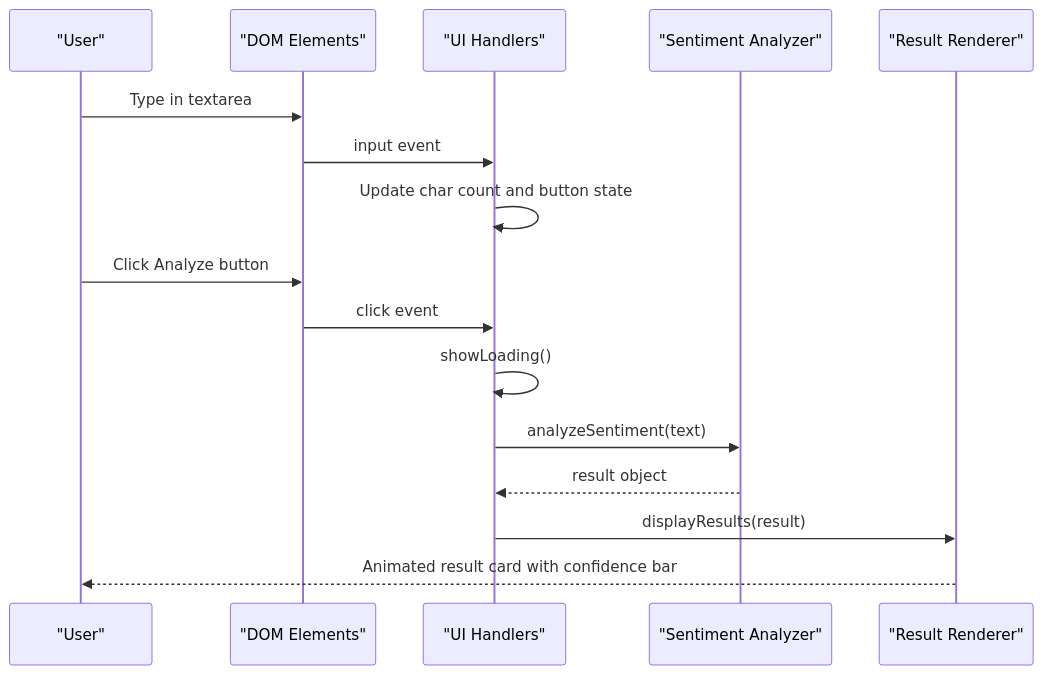
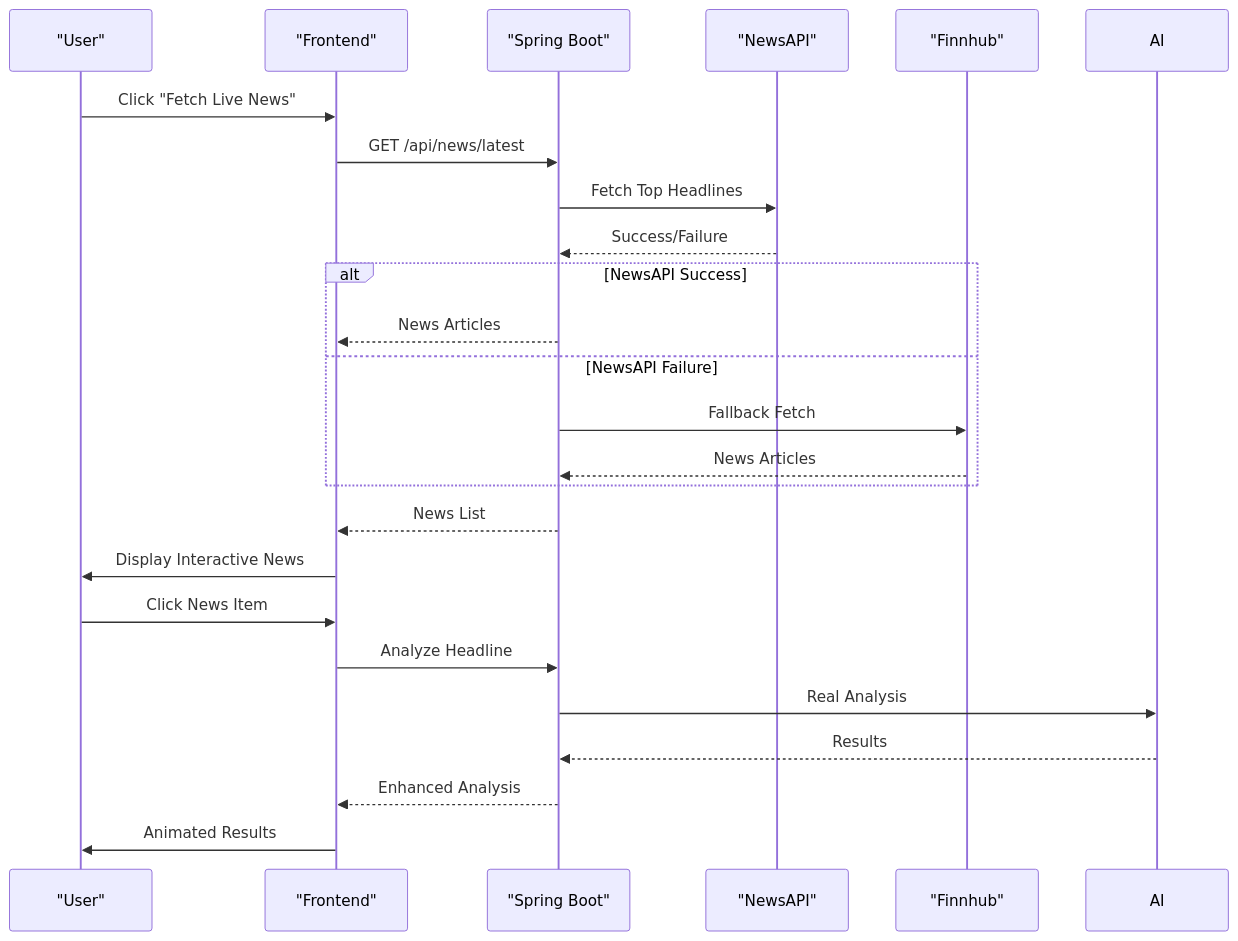
The fifth of 7 diagrams in .qoder/repowiki/en/content/JavaScript Implementation.md (ayushtiwari1526/TheReinforcers_AyushTiwari), drawn with Mermaid before and after one commit. The commit also changed other lines of this file and 21 other files, not shown here.

````diff
--- a/.qoder/repowiki/en/content/JavaScript Implementation.md
+++ b/.qoder/repowiki/en/content/JavaScript Implementation.md
@@ -215,18 +220,26 @@
 ```mermaid
 sequenceDiagram
 participant User as "User"
-participant DOM as "DOM Elements"
-participant UI as "UI Handlers"
-participant SA as "Sentiment Analyzer"
-participant Render as "Result Renderer"
-User->>DOM : Type in textarea
-DOM->>UI : input event
-UI->>UI : Update char count and button state
-User->>DOM : Click Analyze button
-DOM->>UI : click event
-UI->>UI : showLoading()
-UI->>SA : analyzeSentiment(text)
-SA-->>UI : result object
-UI->>Render : displayResults(result)
-Render-->>User : Animated result card with confidence bar
+participant Frontend as "Frontend"
+participant Backend as "Spring Boot"
+participant NewsAPI as "NewsAPI"
+participant Finnhub as "Finnhub"
+User->>Frontend : Click "Fetch Live News"
+Frontend->>Backend : GET /api/news/latest
+Backend->>NewsAPI : Fetch Top Headlines
+NewsAPI-->>Backend : Success/Failure
+alt NewsAPI Success
+Backend-->>Frontend : News Articles
+else NewsAPI Failure
+Backend->>Finnhub : Fallback Fetch
+Finnhub-->>Backend : News Articles
+end
+Backend-->>Frontend : News List
+Frontend->>User : Display Interactive News
+User->>Frontend : Click News Item
+Frontend->>Backend : Analyze Headline
+Backend->>AI : Real Analysis
+AI-->>Backend : Results
+Backend-->>Frontend : Enhanced Analysis
+Frontend->>User : Animated Results
 ```
````
